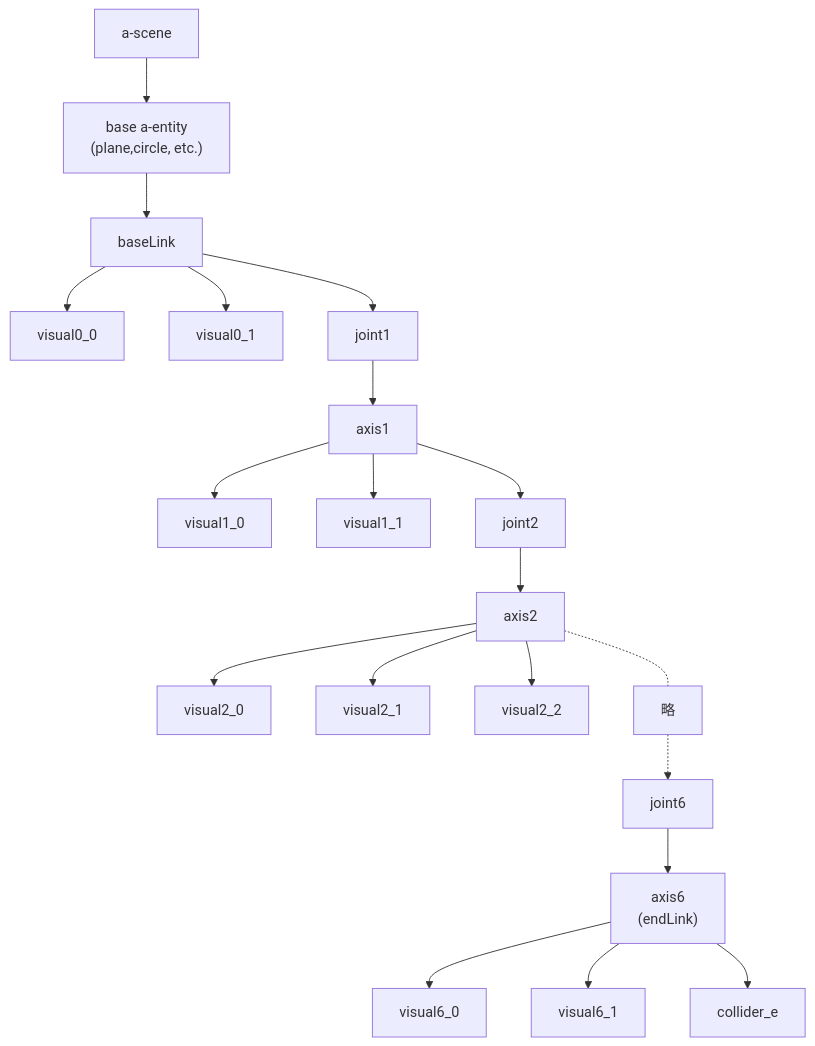
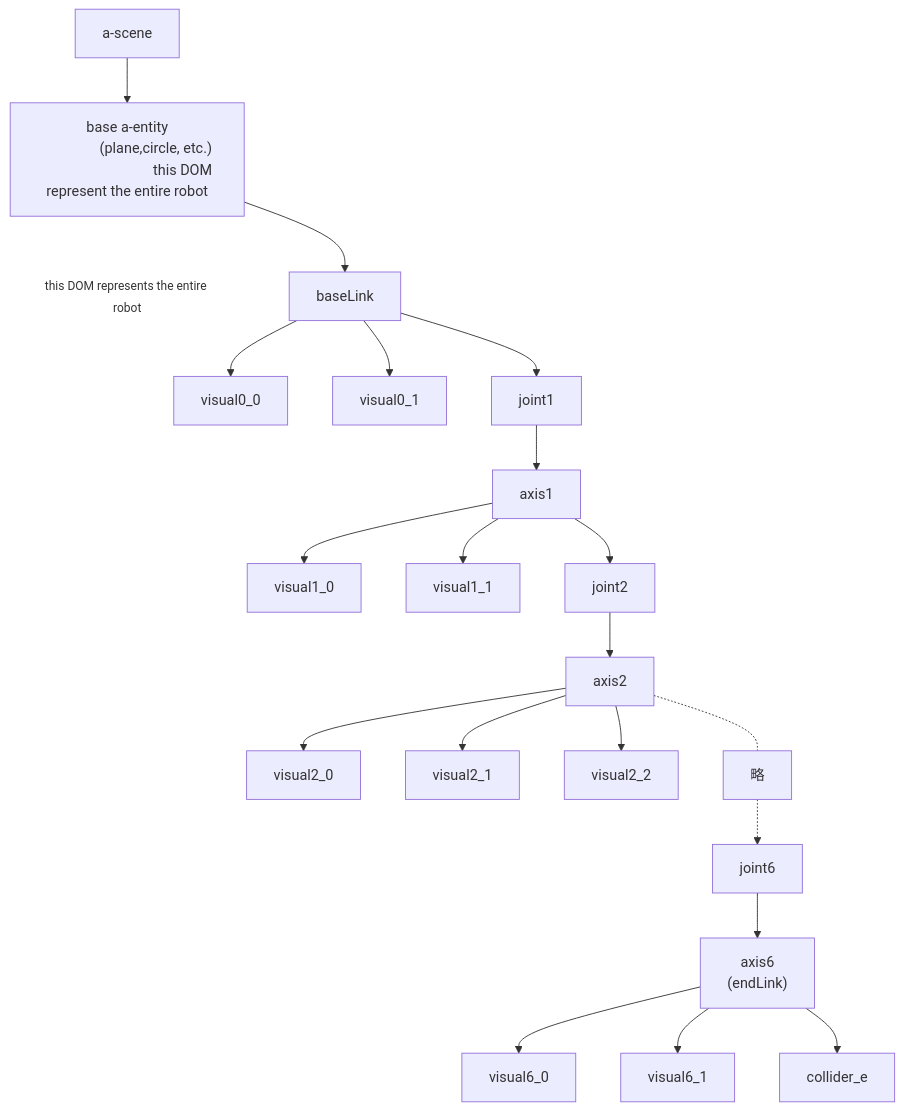
The diagram in README.md (TSUSAKA-ucl/robot-loader), drawn with Mermaid before and after one commit. The commit also changed other lines of this file and 19 other files, not shown here.

````diff
--- a/README.md
+++ b/README.md
@@ -61,24 +66,27 @@
 ```mermaid
 graph TD
     a-scene --> baseEntity["base a-entity
-    	    	(plane,circle, etc.)"]
+    	    	(plane,circle, etc.)
+				this DOM represent the entire robot"]
+	style baseEntityDesc fill:none,stroke:none,stroke-width:0px;
+	baseEntity  ~~~ baseEntityDesc["<small>this DOM represents the entire robot</small>"]
     baseEntity --> baseLink
     baseLink --> visual0_0
     baseLink --> visual0_1
     baseLink --> joint1
     joint1 --> axis1
     axis1 --> visual1_0
     axis1 --> visual1_1
     axis1 --> joint2
     joint2 --> axis2
     axis2 --> visual2_0
     axis2 --> visual2_1
     axis2 --> visual2_2
     axis2 -.- 略 -.-> joint6
     joint6 --> axis6
     axis6 --> visual6_0
     axis6 --> visual6_1
     axis6 --> collider_e
     axis6["axis6
     (endLink)"]
 ```
````
